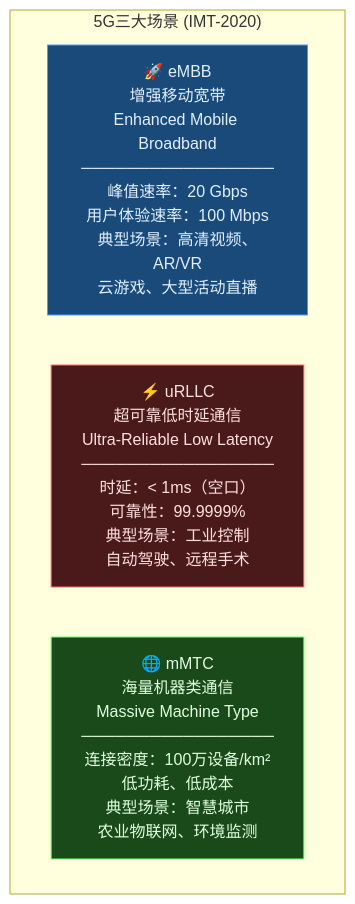
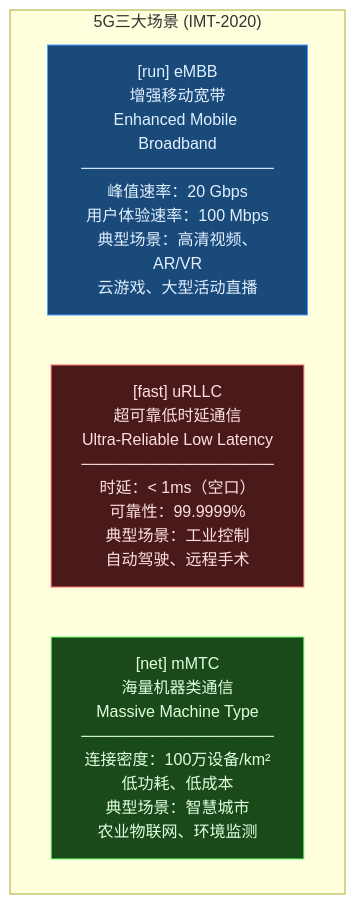
The first of 6 diagrams in docs/guide/emerging/5g-networking.md (SKT-Shurima/NetworkMastery), drawn with Mermaid before and after one commit. The commit also changed other lines of this file and 54 other files, not shown here.

````diff
--- a/docs/guide/emerging/5g-networking.md
+++ b/docs/guide/emerging/5g-networking.md
@@ -19,12 +19,12 @@
 ```mermaid
 graph TB
     subgraph 5G["5G三大场景 (IMT-2020)"]
-        eMBB["🚀 eMBB<br/>增强移动宽带<br/>Enhanced Mobile Broadband<br/>─────────────────<br/>峰值速率：20 Gbps<br/>用户体验速率：100 Mbps<br/>典型场景：高清视频、AR/VR<br/>云游戏、大型活动直播"]
-        uRLLC["⚡ uRLLC<br/>超可靠低时延通信<br/>Ultra-Reliable Low Latency<br/>─────────────────<br/>时延：< 1ms（空口）<br/>可靠性：99.9999%<br/>典型场景：工业控制<br/>自动驾驶、远程手术"]
-        mMTC["🌐 mMTC<br/>海量机器类通信<br/>Massive Machine Type<br/>─────────────────<br/>连接密度：100万设备/km²<br/>低功耗、低成本<br/>典型场景：智慧城市<br/>农业物联网、环境监测"]
+        eMBB["[run] eMBB<br/>增强移动宽带<br/>Enhanced Mobile Broadband<br/>─────────────────<br/>峰值速率：20 Gbps<br/>用户体验速率：100 Mbps<br/>典型场景：高清视频、AR/VR<br/>云游戏、大型活动直播"]
+        uRLLC["[fast] uRLLC<br/>超可靠低时延通信<br/>Ultra-Reliable Low Latency<br/>─────────────────<br/>时延：< 1ms（空口）<br/>可靠性：99.9999%<br/>典型场景：工业控制<br/>自动驾驶、远程手术"]
+        mMTC["[net] mMTC<br/>海量机器类通信<br/>Massive Machine Type<br/>─────────────────<br/>连接密度：100万设备/km²<br/>低功耗、低成本<br/>典型场景：智慧城市<br/>农业物联网、环境监测"]
     end
 
     style eMBB fill:#1a4a7a,stroke:#4a9eff,color:#e0f0ff
     style uRLLC fill:#4a1a1a,stroke:#ff6b6b,color:#ffe0e0
     style mMTC fill:#1a4a1a,stroke:#6bff6b,color:#e0ffe0
 ```
````
